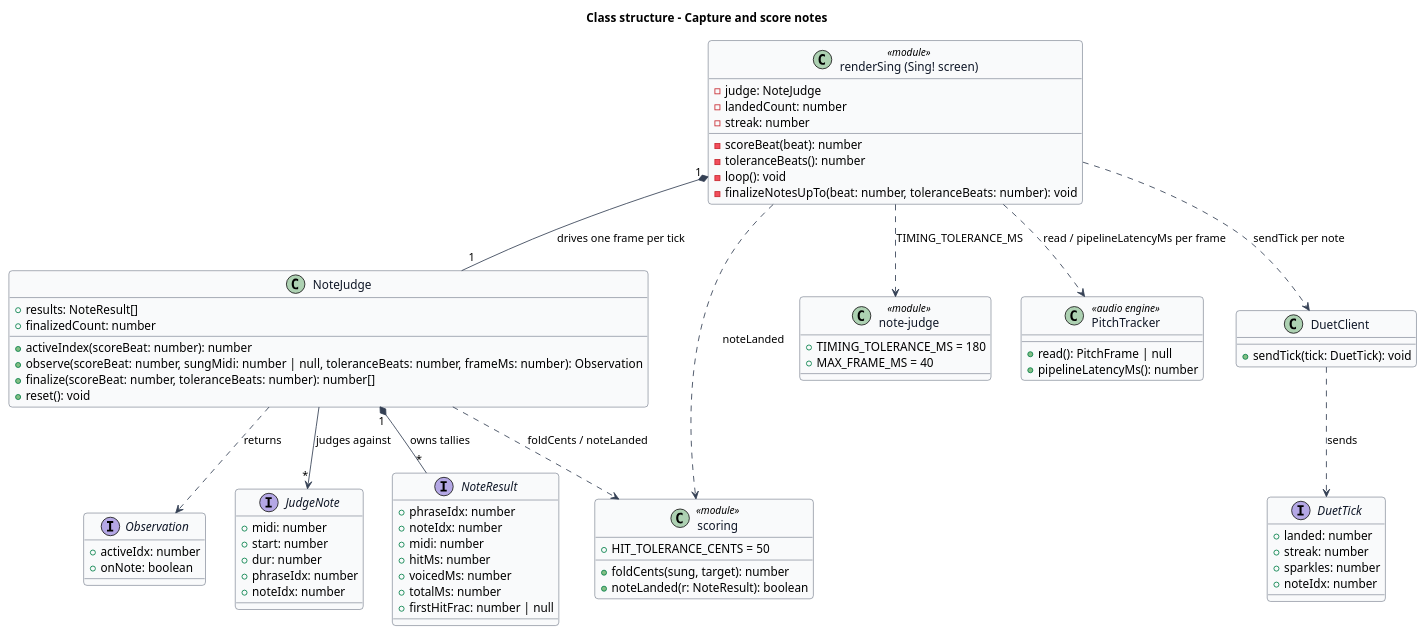
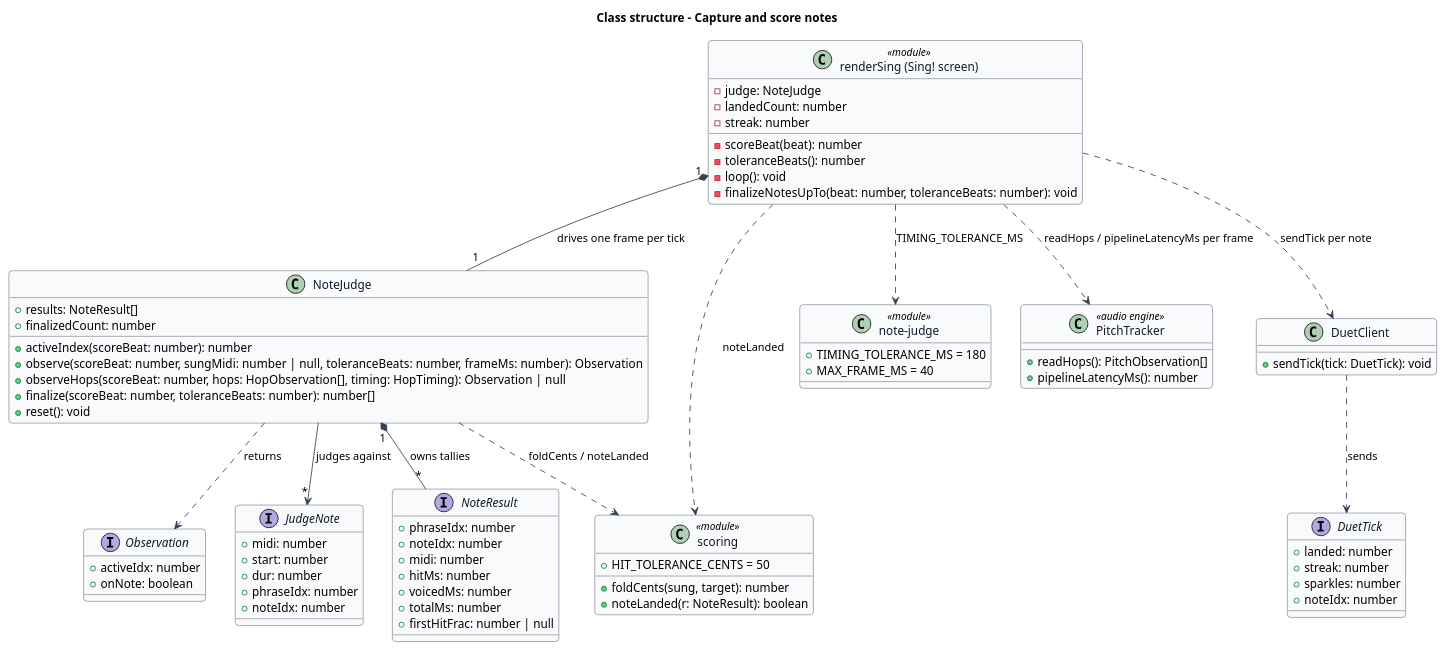
The diagram in docs/detailed-designs/singing-gameplay/capture-and-score-notes/diagrams/class-structure.puml (QuinntyneBrown/TwinkleTune), drawn with PlantUML before and after one commit. The commit also changed 17 other files, not shown here.

```diff
--- a/docs/detailed-designs/singing-gameplay/capture-and-score-notes/diagrams/class-structure.puml
+++ b/docs/detailed-designs/singing-gameplay/capture-and-score-notes/diagrams/class-structure.puml
@@ -1,95 +1,96 @@
 @startuml
 ' --- shared skin header ---
 skinparam backgroundColor #FFFFFF
 skinparam shadowing false
 skinparam roundcorner 8
 skinparam defaultFontName Arial
 skinparam ArrowColor #344054
 skinparam class {
   BorderColor #344054
   FontColor #101828
   BackgroundColor #F9FAFB
 }
 ' --------------------------
 title Class structure - Capture and score notes
 
 class "renderSing (Sing! screen)" as Sing <<module>> {
   -judge: NoteJudge
   -landedCount: number
   -streak: number
   -scoreBeat(beat): number
   -toleranceBeats(): number
   -loop(): void
   -finalizeNotesUpTo(beat: number, toleranceBeats: number): void
 }
 
 class NoteJudge {
   +results: NoteResult[]
   +finalizedCount: number
   +activeIndex(scoreBeat: number): number
   +observe(scoreBeat: number, sungMidi: number | null, toleranceBeats: number, frameMs: number): Observation
+  +observeHops(scoreBeat: number, hops: HopObservation[], timing: HopTiming): Observation | null
   +finalize(scoreBeat: number, toleranceBeats: number): number[]
   +reset(): void
 }
 
 interface Observation {
   +activeIdx: number
   +onNote: boolean
 }
 
 interface JudgeNote {
   +midi: number
   +start: number
   +dur: number
   +phraseIdx: number
   +noteIdx: number
 }
 
 interface NoteResult {
   +phraseIdx: number
   +noteIdx: number
   +midi: number
   +hitMs: number
   +voicedMs: number
   +totalMs: number
   +firstHitFrac: number | null
 }
 
 class "scoring" as Scoring <<module>> {
   +HIT_TOLERANCE_CENTS = 50
   +foldCents(sung, target): number
   +noteLanded(r: NoteResult): boolean
 }
 
 class "note-judge" as JudgeMod <<module>> {
   +TIMING_TOLERANCE_MS = 180
   +MAX_FRAME_MS = 40
 }
 
 class PitchTracker <<audio engine>> {
-  +read(): PitchFrame | null
+  +readHops(): PitchObservation[]
   +pipelineLatencyMs(): number
 }
 
 class DuetClient {
   +sendTick(tick: DuetTick): void
 }
 
 interface DuetTick {
   +landed: number
   +streak: number
   +sparkles: number
   +noteIdx: number
 }
 
 Sing "1" *-- "1" NoteJudge : drives one frame per tick
 NoteJudge "1" *-- "*" NoteResult : owns tallies
 NoteJudge --> "*" JudgeNote : judges against
 NoteJudge ..> Observation : returns
 NoteJudge ..> Scoring : foldCents / noteLanded
 Sing ..> JudgeMod : TIMING_TOLERANCE_MS
 Sing ..> Scoring : noteLanded
-Sing ..> PitchTracker : read / pipelineLatencyMs per frame
+Sing ..> PitchTracker : readHops / pipelineLatencyMs per frame
 Sing ..> DuetClient : sendTick per note
 DuetClient ..> DuetTick : sends
 @enduml
```
